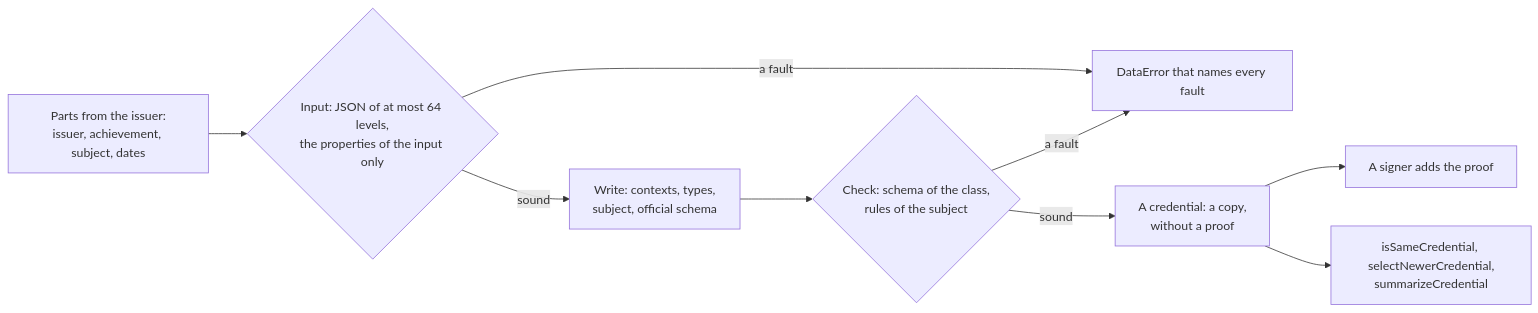
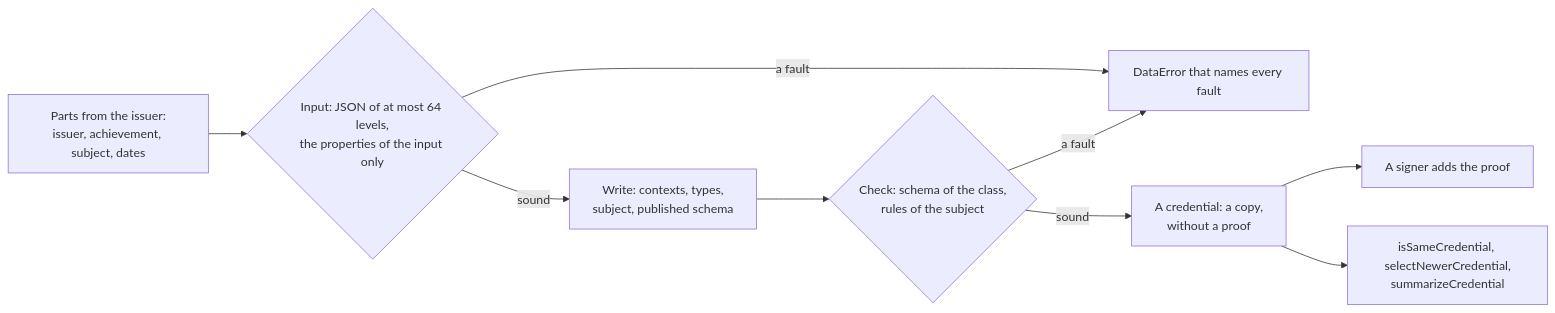
The diagram in docs/achievement-credentials/issue.md (interopkit/interopkit), drawn with Mermaid before and after one commit. The commit also changed other lines of this file and 81 other files, not shown here.

````diff
--- a/docs/achievement-credentials/issue.md
+++ b/docs/achievement-credentials/issue.md
@@ -9,11 +9,11 @@
 ```mermaid
 flowchart LR
   parts["Parts from the issuer:<br/>issuer, achievement, subject, dates"] --> input{"Input: JSON of at most 64 levels,<br/>the properties of the input only"}
   input -->|"a fault"| refused["DataError that names every fault"]
-  input -->|"sound"| write["Write: contexts, types,<br/>subject, official schema"]
+  input -->|"sound"| write["Write: contexts, types,<br/>subject, published schema"]
   write --> check{"Check: schema of the class,<br/>rules of the subject"}
   check -->|"a fault"| refused
   check -->|"sound"| credential["A credential: a copy,<br/>without a proof"]
   credential --> signer["A signer adds the proof"]
   credential --> compare["isSameCredential, selectNewerCredential,<br/>summarizeCredential"]
 ```
````
